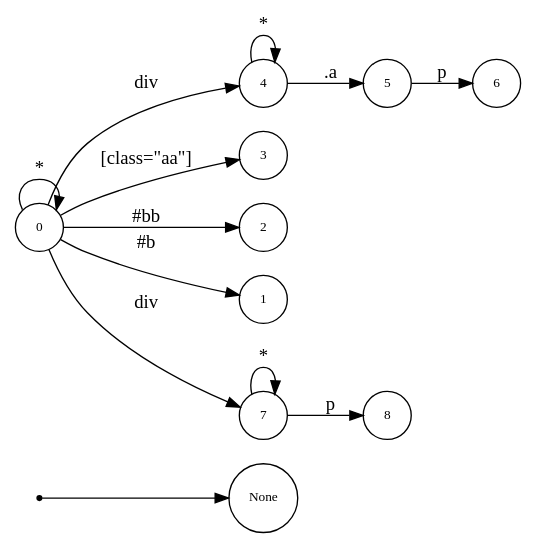
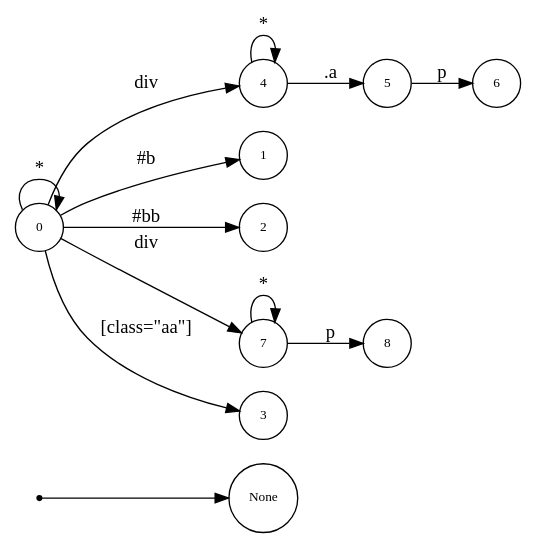
Before and after one commit to asukaminato0721/css-bitvector-compiler: the diagram in css-gen-op/testcase/dot_quad.dot, drawn with Graphviz. The commit also changed other lines of this file and 43 other files, not shown here.

```diff
--- a/css-gen-op/testcase/dot_quad.dot
+++ b/css-gen-op/testcase/dot_quad.dot
@@ -1,27 +1,27 @@
 digraph NFA {
   rankdir=LR;
   node [shape=circle, fontsize=10];
   __start [shape=point, label=""];
   __start -> None;
-  6 [label="6"];
+  4 [label="4"];
+  1 [label="1"];
+  2 [label="2"];
+  7 [label="7"];
+  3 [label="3"];
   0 [label="0"];
   5 [label="5"];
-  4 [label="4"];
-  3 [label="3"];
-  2 [label="2"];
-  1 [label="1"];
   8 [label="8"];
-  7 [label="7"];
+  6 [label="6"];
   { node [shape=doublecircle]; 1 2 3 6 8 }
   0 -> 0 [label="*"];
   0 -> 1 [label="#b"];
   0 -> 2 [label="#bb"];
   0 -> 3 [label="[class=\"aa\"]"];
   0 -> 4 [label="div"];
   4 -> 4 [label="*"];
   4 -> 5 [label=".a"];
   5 -> 6 [label="p"];
   0 -> 7 [label="div"];
   7 -> 7 [label="*"];
   7 -> 8 [label="p"];
 }
```
